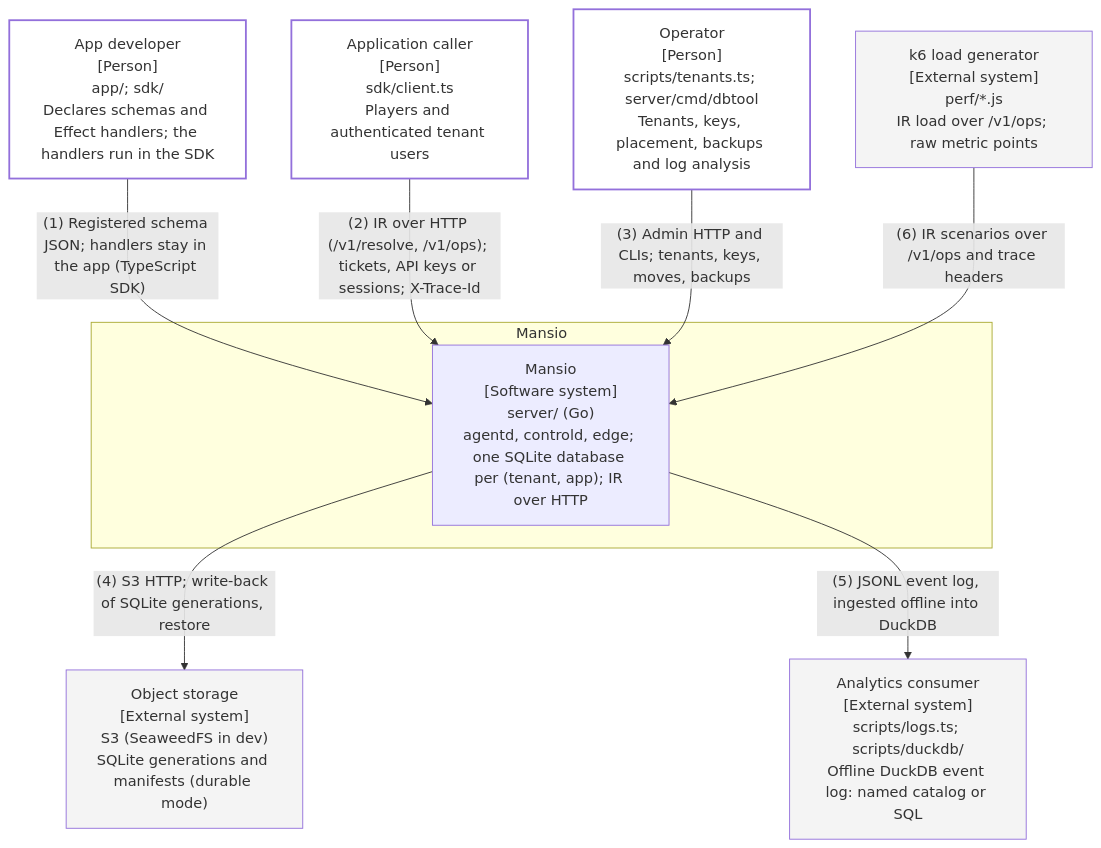
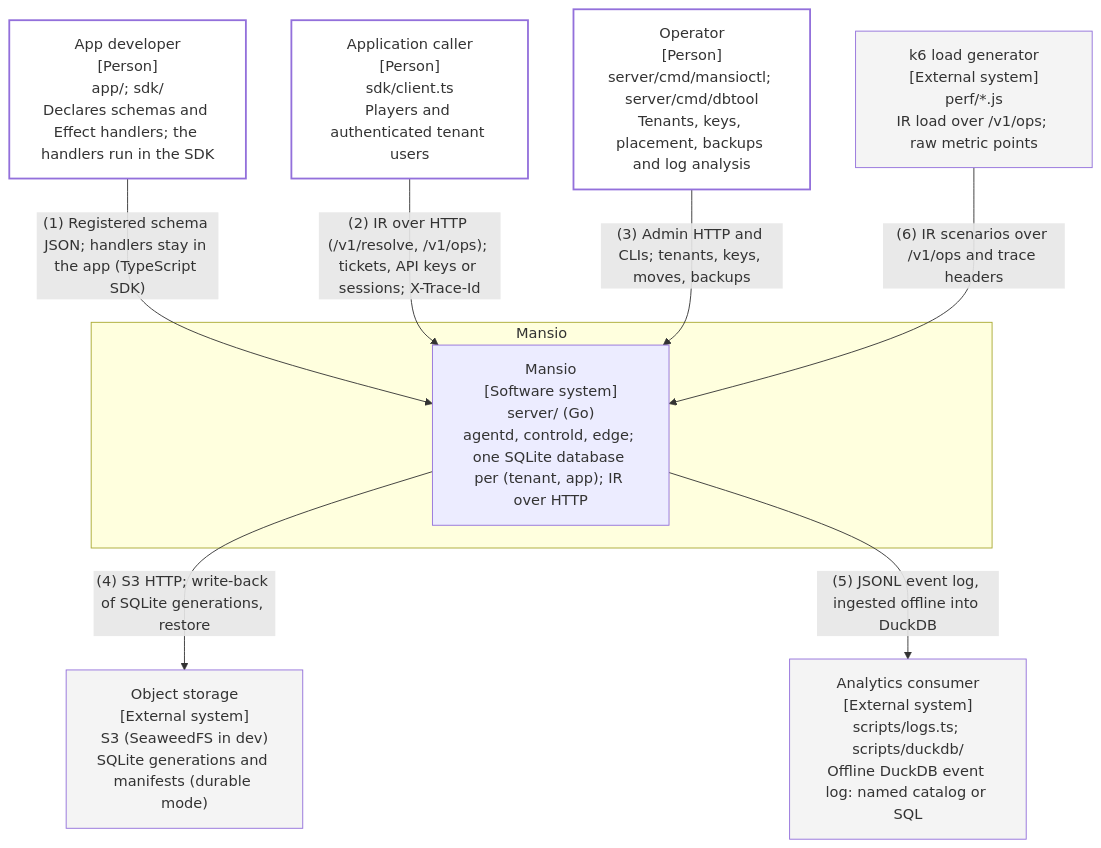
Before and after one commit to nickstrad/mansio: the diagram in docs/architecture/c4-context-document-db.github.md, drawn with Mermaid. The commit also changed 9 other files, not shown here.

````diff
--- a/docs/architecture/c4-context-document-db.github.md
+++ b/docs/architecture/c4-context-document-db.github.md
@@ -7,27 +7,27 @@
 ```mermaid
 flowchart TB
     subgraph platform["Mansio"]
         db["Mansio<br/>[Software system]<br/>server/ (Go)<br/>agentd, controld, edge; one SQLite database per (tenant, app); IR over HTTP"]
     end
         developer["App developer<br/>[Person]<br/>app/; sdk/<br/>Declares schemas and Effect handlers; the handlers run in the SDK"]
         caller["Application caller<br/>[Person]<br/>sdk/client.ts<br/>Players and authenticated tenant users"]
-        operator["Operator<br/>[Person]<br/>scripts/tenants.ts; server/cmd/dbtool<br/>Tenants, keys, placement, backups and log analysis"]
+        operator["Operator<br/>[Person]<br/>server/cmd/mansioctl; server/cmd/dbtool<br/>Tenants, keys, placement, backups and log analysis"]
         objects["Object storage<br/>[External system]<br/>S3 (SeaweedFS in dev)<br/>SQLite generations and manifests (durable mode)"]
         analytics["Analytics consumer<br/>[External system]<br/>scripts/logs.ts; scripts/duckdb/<br/>Offline DuckDB event log: named catalog or SQL"]
         k6["k6 load generator<br/>[External system]<br/>perf/*.js<br/>IR load over /v1/ops; raw metric points"]
     developer -->|"(1) Registered schema JSON; handlers stay in the app (TypeScript SDK)"| db
     caller -->|"(2) IR over HTTP (/v1/resolve, /v1/ops); tickets, API keys or sessions; X-Trace-Id"| db
     operator -->|"(3) Admin HTTP and CLIs; tenants, keys, moves, backups"| db
     db -->|"(4) S3 HTTP; write-back of SQLite generations, restore"| objects
     db -->|"(5) JSONL event log, ingested offline into DuckDB"| analytics
     k6 -->|"(6) IR scenarios over /v1/ops and trace headers"| db
     classDef planned stroke-dasharray: 5 3
     classDef person fill:#fff,stroke-width:2px
     classDef external fill:#f4f4f4
     class developer person
     class caller person
     class operator person
     class objects external
     class analytics external
     class k6 external
 ```
````
